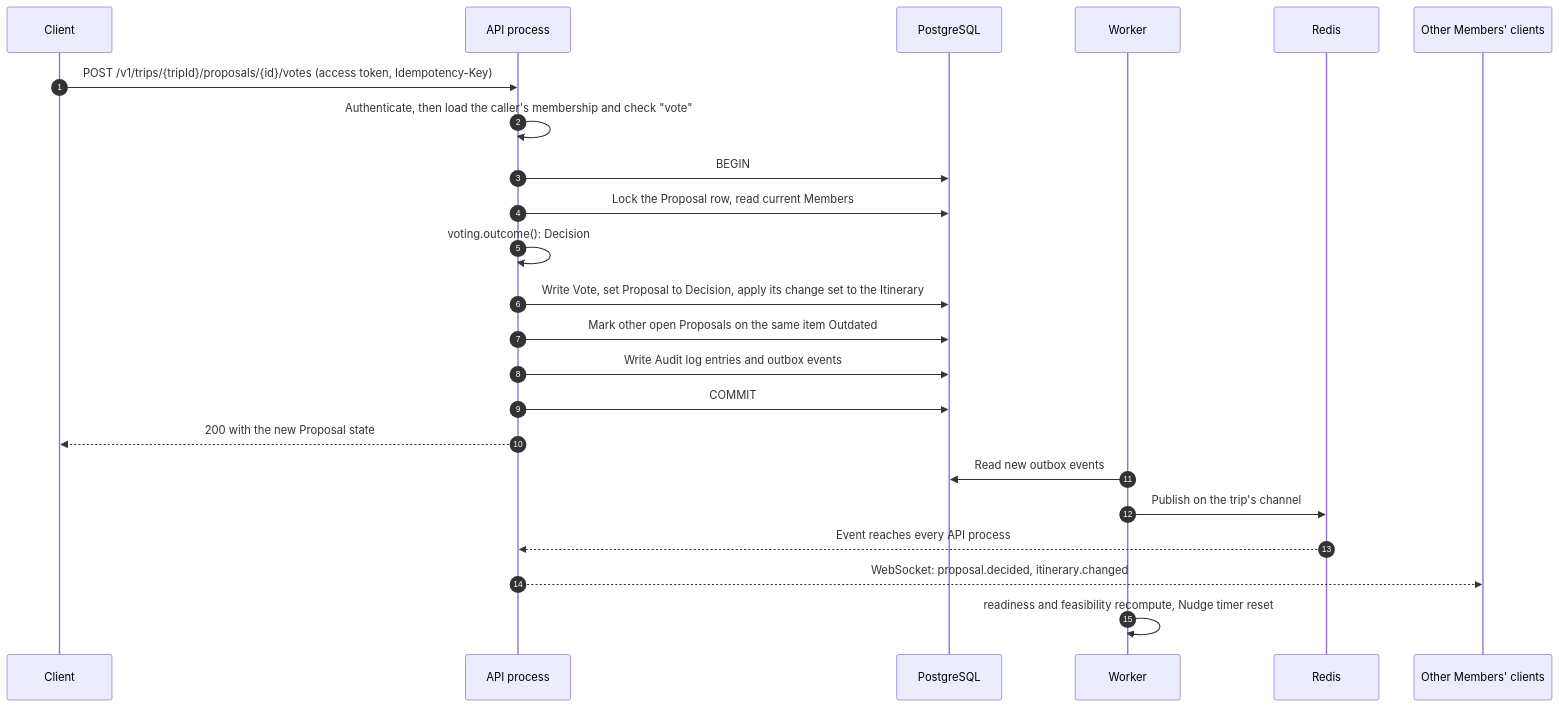
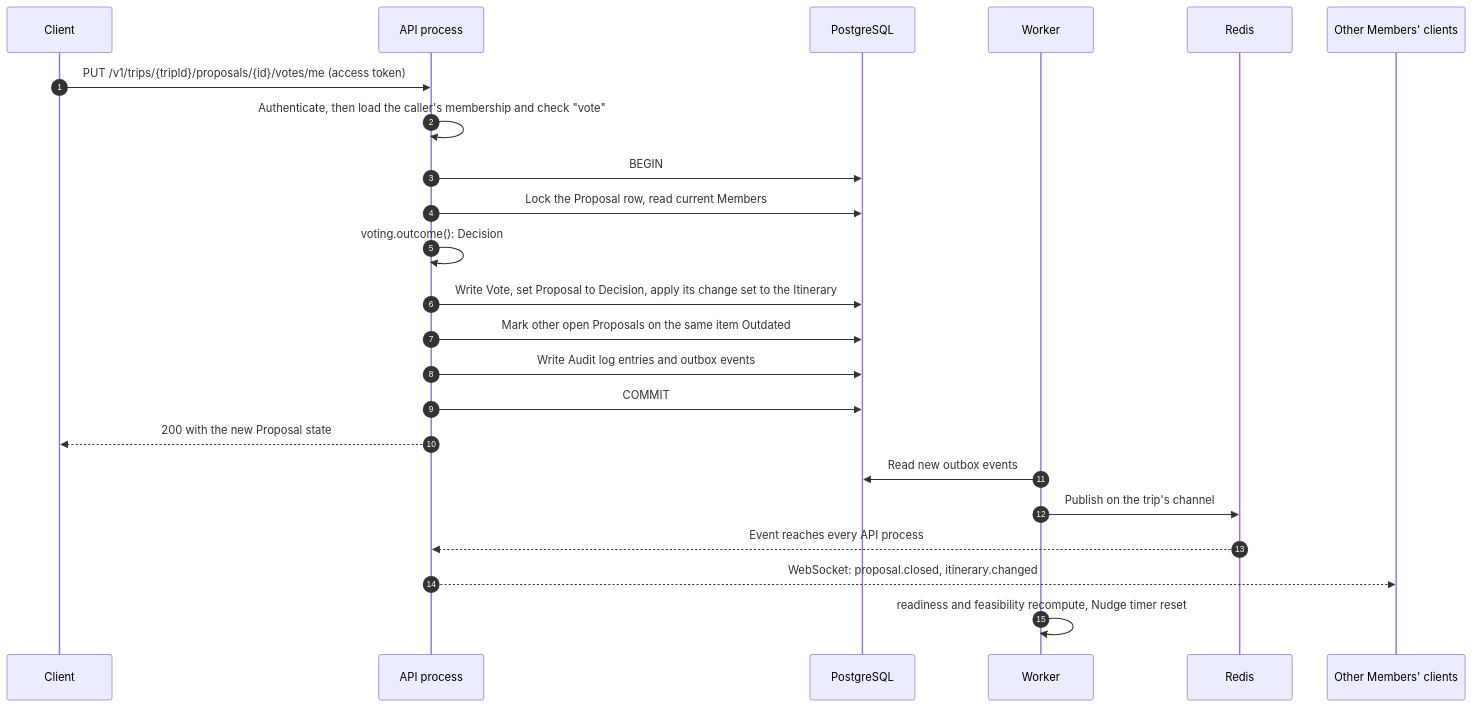
One commit to huynguyennang-agilityio/tripmate-docs changed the fourth of 7 diagrams in docs/architecture.md. Above: the diagram before and after it, drawn with Mermaid. The commit also changed other lines of this file and 6 other files, not shown here.

First line of the commit message:
architecture.md v1.1; add data-model, api-design, security v1.0

````diff
--- a/docs/architecture.md
+++ b/docs/architecture.md
@@ -340,26 +246,26 @@
 ```mermaid
 sequenceDiagram
     autonumber
     participant C as Client
     participant A as API process
     participant P as PostgreSQL
     participant W as Worker
     participant R as Redis
     participant O as Other Members' clients
 
-    C->>A: POST /v1/trips/{tripId}/proposals/{id}/votes (access token, Idempotency-Key)
+    C->>A: PUT /v1/trips/{tripId}/proposals/{id}/votes/me (access token)
     A->>A: Authenticate, then load the caller's membership and check "vote"
     A->>P: BEGIN
     A->>P: Lock the Proposal row, read current Members
     A->>A: voting.outcome(): Decision
     A->>P: Write Vote, set Proposal to Decision, apply its change set to the Itinerary
     A->>P: Mark other open Proposals on the same item Outdated
     A->>P: Write Audit log entries and outbox events
     A->>P: COMMIT
     A-->>C: 200 with the new Proposal state
     W->>P: Read new outbox events
     W->>R: Publish on the trip's channel
     R-->>A: Event reaches every API process
-    A-->>O: WebSocket: proposal.decided, itinerary.changed
+    A-->>O: WebSocket: proposal.closed, itinerary.changed
     W->>W: readiness and feasibility recompute, Nudge timer reset
 ```
````
